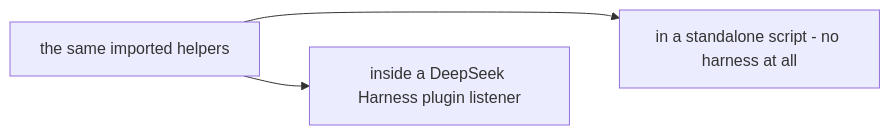
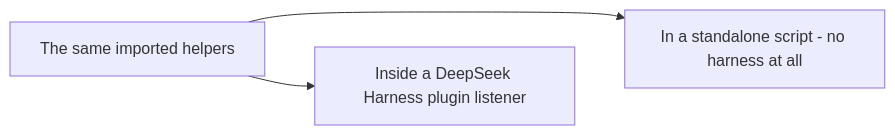
One commit to PlayForm/Site-DeepSeek changed the diagram in Source/Content/Mermaid/core-problem-anywhere.mmd. Above: the diagram before and after it, drawn with Mermaid. The commit also changed 136 other files, not shown here.

```diff
--- a/Source/Content/Mermaid/core-problem-anywhere.mmd
+++ b/Source/Content/Mermaid/core-problem-anywhere.mmd
@@ -1,8 +1,8 @@
 flowchart LR
-	HELPERS["the same imported helpers"]
-	IN["inside a DeepSeek Harness plugin listener"]
-	OUT["in a standalone script - no harness at all"]
+	HELPERS["The same imported helpers"]
+	IN["Inside a DeepSeek Harness plugin listener"]
+	OUT["In a standalone script - no harness at all"]
 	HELPERS --> IN
 	HELPERS --> OUT
 	%% Invisible layout links only - no semantics.
 	IN ~~~ OUT
```
